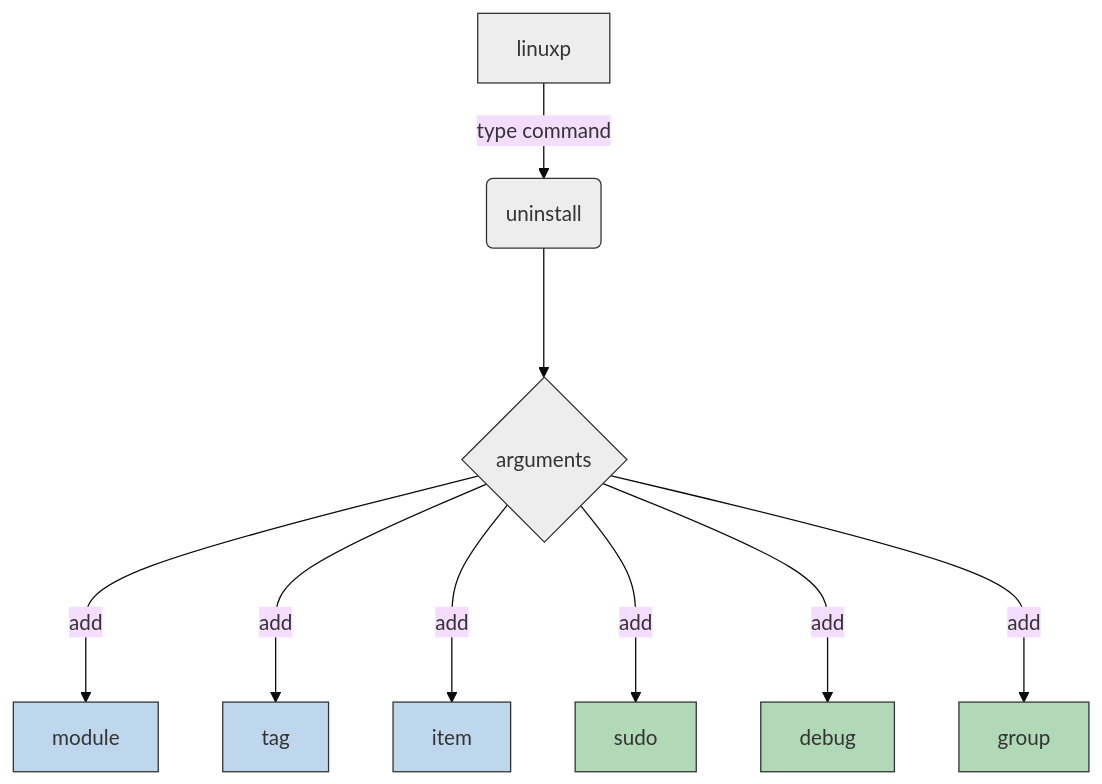
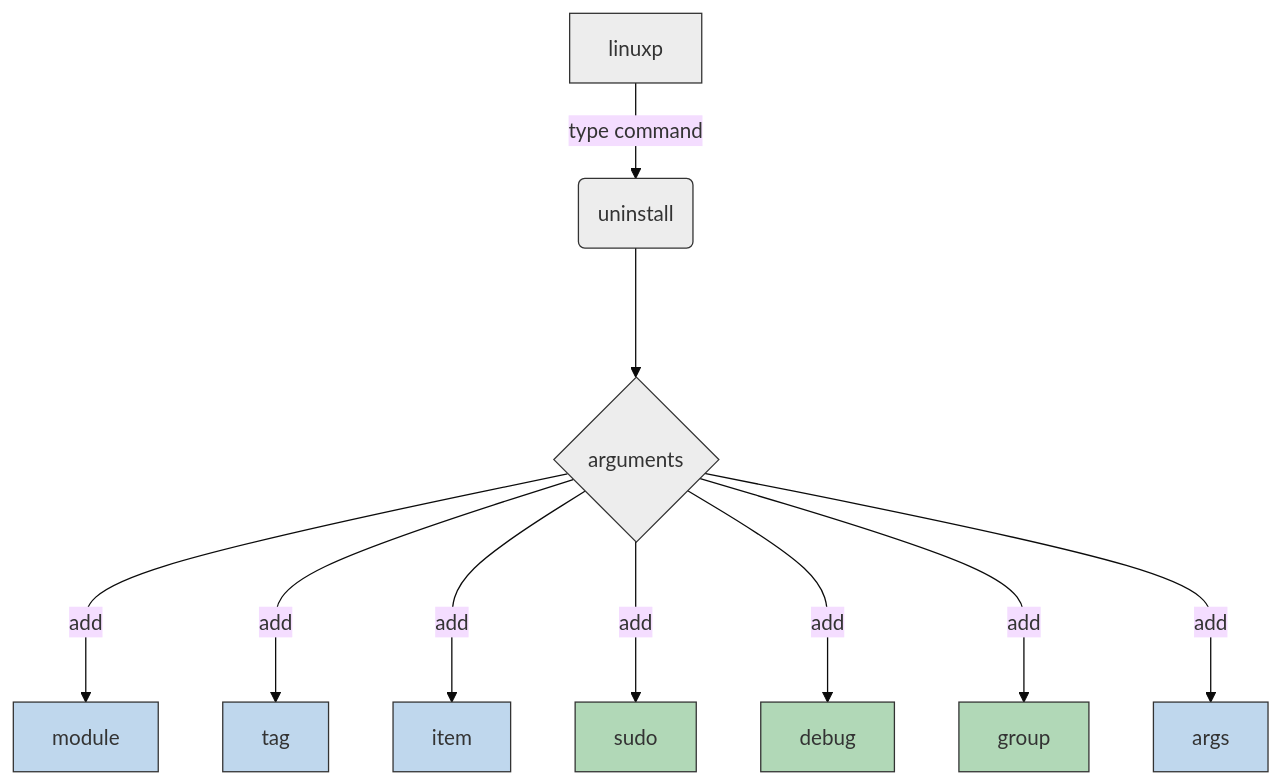
One commit to linux-profile/linux-profile changed the diagram in docs/nav/commands/uninstall/index.md. Above: the diagram before and after it, drawn with Mermaid (base theme). The commit also changed other lines of this file and 1 other file, not shown here.

````diff
--- a/docs/nav/commands/uninstall/index.md
+++ b/docs/nav/commands/uninstall/index.md
@@ -30,22 +31,24 @@
 ``` mermaid
 graph TD
     L[linuxp] -->|type command| u(uninstall)
     u ---> option_u{arguments}
     option_u --->|add| arg_u_module[module]
     option_u --->|add| arg_u_tag[tag]
     option_u --->|add| arg_u_item[item]
     option_u --->|add| arg_u_sudo[sudo]
     option_u --->|add| arg_u_debug[debug]
     option_u --->|add| arg_u_group[group]
+    option_u --->|add| arg_u_args[args]
 
     style arg_u_module fill:#BFD7ED,stroke:#333
     style arg_u_tag fill:#BFD7ED,stroke:#333
     style arg_u_item fill:#BFD7ED,stroke:#333
     style arg_u_sudo fill:#B1D8B7,stroke:#333
     style arg_u_debug fill:#B1D8B7,stroke:#333
     style arg_u_group fill:#B1D8B7,stroke:#333
+    style arg_u_args fill:#BFD7ED,stroke:#333
 
     style L fill:#ededed,stroke:#333
     style u fill:#ededed,stroke:#333
     style option_u fill:#ededed,stroke:#333
 ```
````
